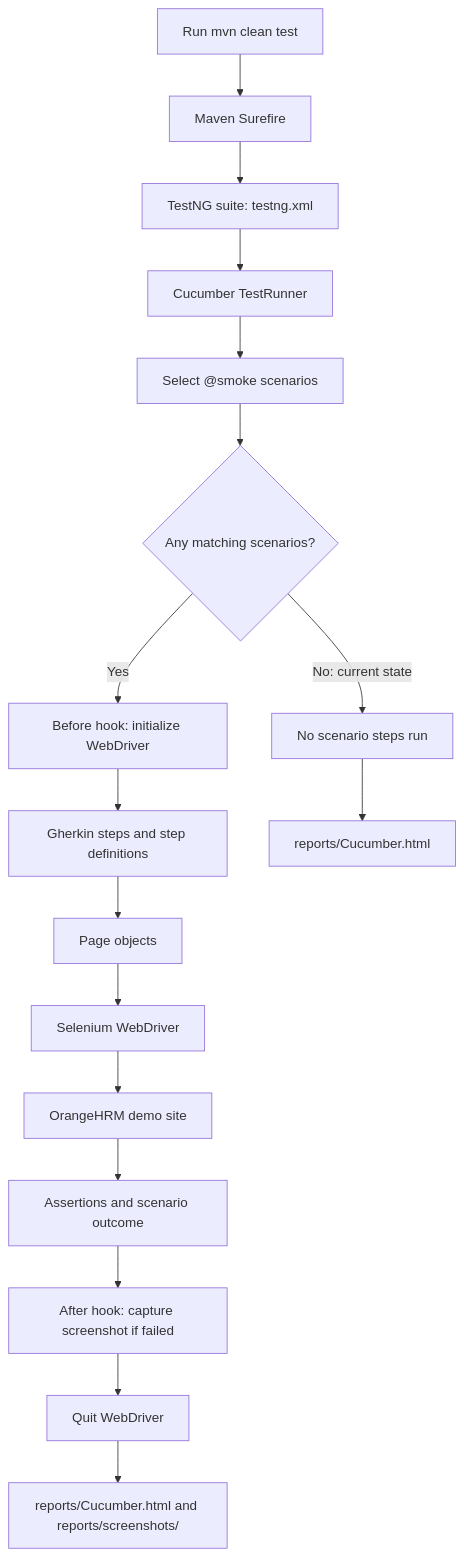
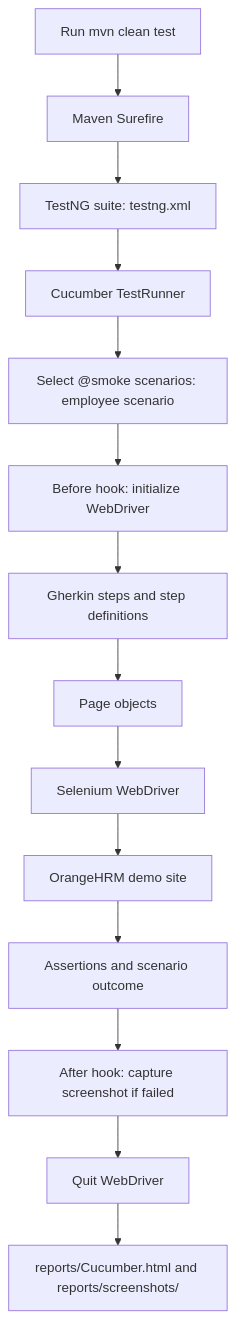
The first of 2 diagrams in README.md (Sameer-Programmer/2026_Enterprise_DEMO_BDD_Project), drawn with Mermaid before and after one commit. The commit also changed other lines of this file and 1 other file, not shown here.

Commit message:
fix: restore smoke tag on master employee scenario

````diff
--- a/README.md
+++ b/README.md
@@ -146,19 +146,16 @@
 ```mermaid
 flowchart TD
     A[Run mvn clean test] --> B[Maven Surefire]
     B --> C[TestNG suite: testng.xml]
     C --> D[Cucumber TestRunner]
-    D --> E[Select @smoke scenarios]
-    E --> F{Any matching scenarios?}
-    F -->|No: current state| G[No scenario steps run]
-    F -->|Yes| H[Before hook: initialize WebDriver]
-    H --> I[Gherkin steps and step definitions]
-    I --> J[Page objects]
-    J --> K[Selenium WebDriver]
-    K --> L[OrangeHRM demo site]
-    L --> M[Assertions and scenario outcome]
-    M --> N[After hook: capture screenshot if failed]
-    N --> O[Quit WebDriver]
-    G --> P[reports/Cucumber.html]
-    O --> Q[reports/Cucumber.html and reports/screenshots/]
+    D --> E[Select @smoke scenarios: employee scenario]
+    E --> F[Before hook: initialize WebDriver]
+    F --> G[Gherkin steps and step definitions]
+    G --> H[Page objects]
+    H --> I[Selenium WebDriver]
+    I --> J[OrangeHRM demo site]
+    J --> K[Assertions and scenario outcome]
+    K --> L[After hook: capture screenshot if failed]
+    L --> M[Quit WebDriver]
+    M --> N[reports/Cucumber.html and reports/screenshots/]
 ```
````
